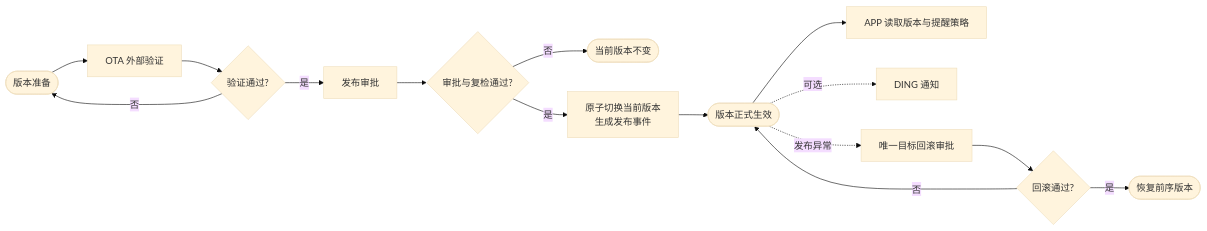
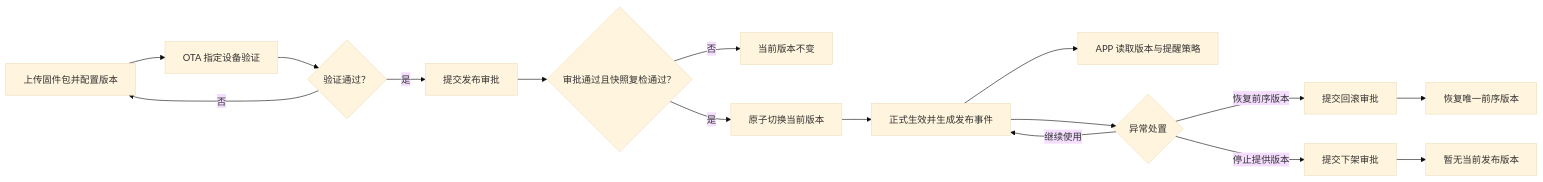
The first of 5 diagrams in 产品文档/固件发布平台_本期迭代产品需求方案_V1.0.md (tangtangtang-tys/firmware-release-summary), drawn with Mermaid (base theme) before and after one commit. The commit also changed other lines of this file and 38 other files, not shown here.

````diff
--- a/产品文档/固件发布平台_本期迭代产品需求方案_V1.0.md
+++ b/产品文档/固件发布平台_本期迭代产品需求方案_V1.0.md
@@ -196,17 +154,18 @@
 ```mermaid
 flowchart LR
-    prepare([版本准备]) --> test[OTA 外部验证]
-    test --> testPassed{验证通过?}
-    testPassed -->|否| prepare
-    testPassed -->|是| approval[发布审批]
-    approval --> approved{审批与复检通过?}
-    approved -->|否| unchanged([当前版本不变])
-    approved -->|是| publish[原子切换当前版本<br/>生成发布事件]
-    publish --> active([版本正式生效])
-    active --> app[APP 读取版本与提醒策略]
-    active -. 可选 .-> ding[DING 通知]
-    active -. 发布异常 .-> rollback[唯一目标回滚审批]
-    rollback --> rollbackPassed{回滚通过?}
-    rollbackPassed -->|否| active
-    rollbackPassed -->|是| restored([恢复前序版本])
+    prepare["上传固件包并配置版本"] --> validate["OTA 指定设备验证"]
+    validate --> passed{"验证通过？"}
+    passed -->|否| prepare
+    passed -->|是| approval["提交发布审批"]
+    approval --> approved{"审批通过且快照复检通过？"}
+    approved -->|否| unchanged["当前版本不变"]
+    approved -->|是| publish["原子切换当前版本"]
+    publish --> active["正式生效并生成发布事件"]
+    active --> app["APP 读取版本与提醒策略"]
+    active --> decision{"异常处置"}
+    decision -->|继续使用| active
+    decision -->|恢复前序版本| rollback["提交回滚审批"]
+    decision -->|停止提供版本| delist["提交下架审批"]
+    rollback --> restored["恢复唯一前序版本"]
+    delist --> empty["暂无当前发布版本"]
 ```
````
